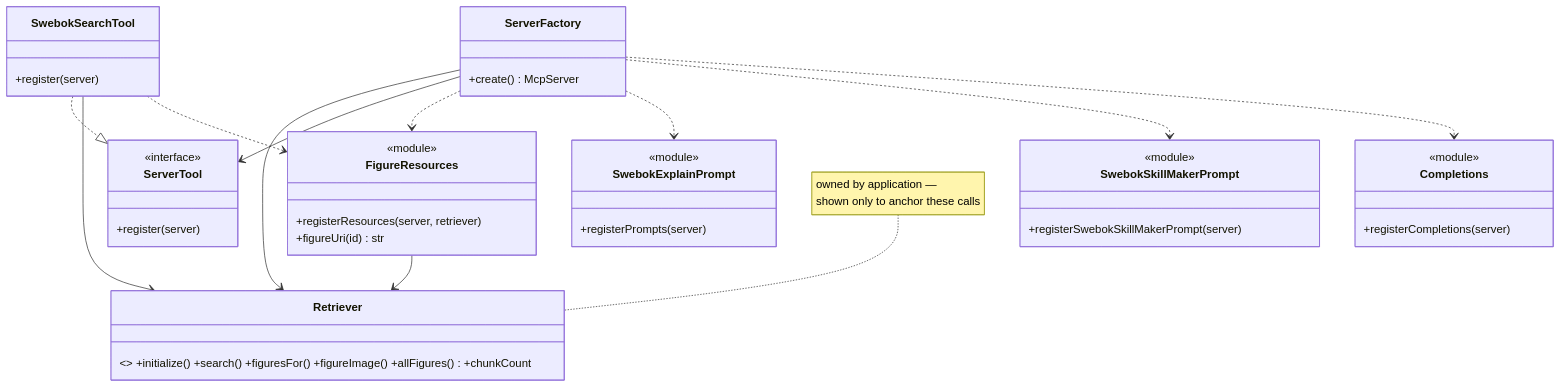
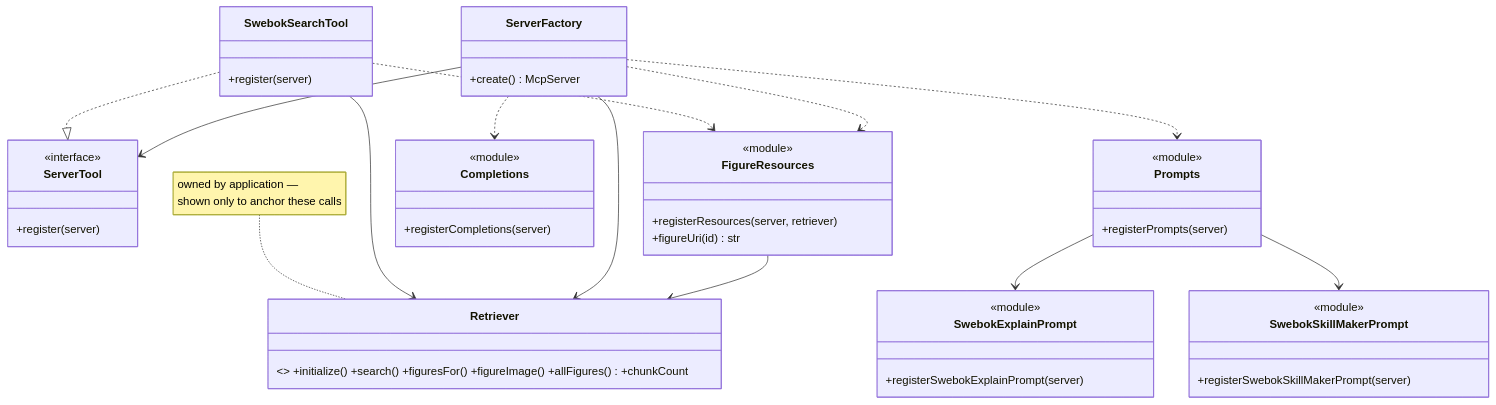
Diagram 15 of 18 in docs/architecture/system-class-diagram.md (SzatanKluska/MCPSWEBOK), drawn with Mermaid before and after one commit. The commit also changed other lines of this file and 3 other files, not shown here.

````diff
--- a/docs/architecture/system-class-diagram.md
+++ b/docs/architecture/system-class-diagram.md
@@ -483,45 +483,50 @@
 ```mermaid
 classDiagram
   class ServerTool {
     <<interface>>
     +register(server)
   }
   class SwebokSearchTool {
     +register(server)
   }
   class ServerFactory {
     +create() McpServer
   }
   class FigureResources {
     <<module>>
     +registerResources(server, retriever)
     +figureUri(id) str
   }
+  class Prompts {
+    <<module>>
+    +registerPrompts(server)
+  }
   class SwebokExplainPrompt {
     <<module>>
-    +registerPrompts(server)
+    +registerSwebokExplainPrompt(server)
   }
   class SwebokSkillMakerPrompt {
     <<module>>
     +registerSwebokSkillMakerPrompt(server)
   }
   class Completions {
     <<module>>
     +registerCompletions(server)
   }
 
   class Retriever { <<type>> +initialize() +search() +figuresFor() +figureImage() +allFigures() +chunkCount }
 
   SwebokSearchTool ..|> ServerTool
   SwebokSearchTool --> Retriever
   SwebokSearchTool ..> FigureResources
   ServerFactory --> Retriever
   ServerFactory --> ServerTool
   ServerFactory ..> FigureResources
-  ServerFactory ..> SwebokExplainPrompt
-  ServerFactory ..> SwebokSkillMakerPrompt
+  ServerFactory ..> Prompts
   ServerFactory ..> Completions
+  Prompts --> SwebokExplainPrompt
+  Prompts --> SwebokSkillMakerPrompt
   FigureResources --> Retriever
 
   note for Retriever "owned by application —<br/>shown only to anchor these calls"
 ```
````
